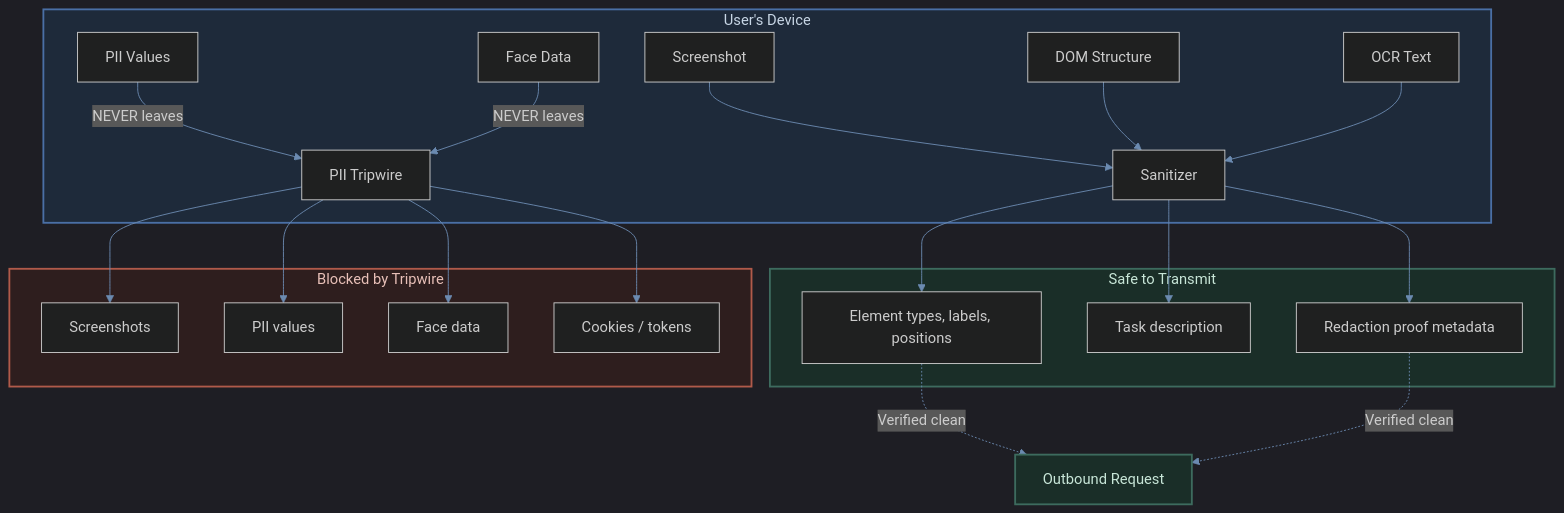
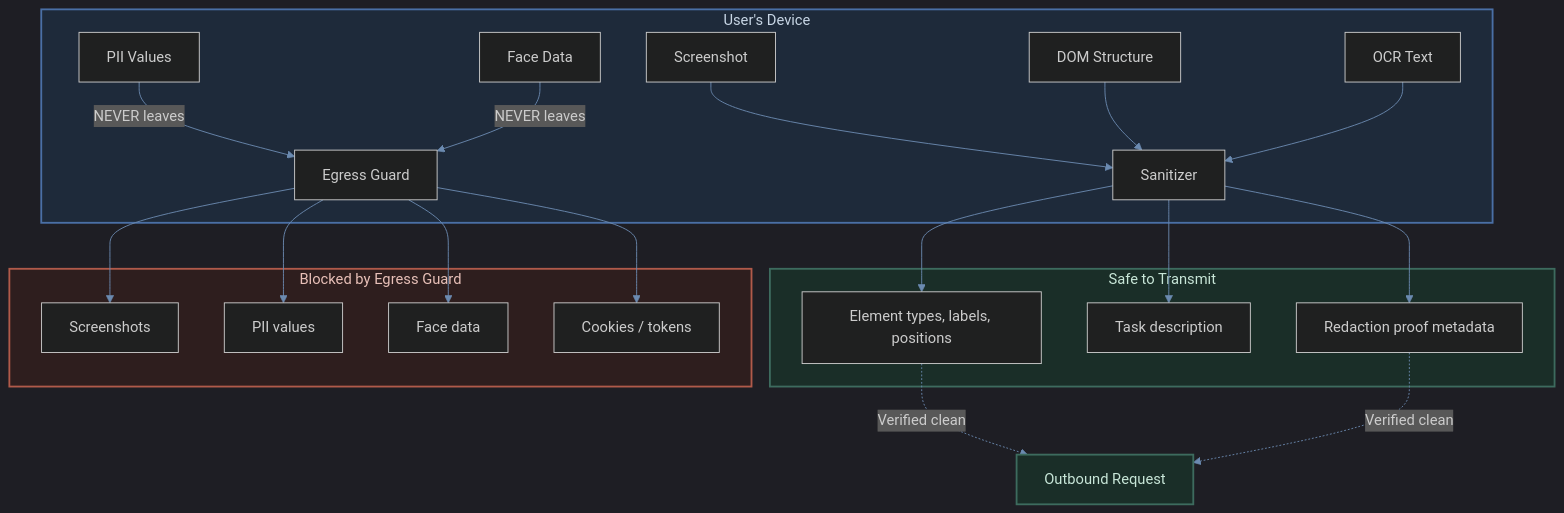
One commit to raidx545/super-agent changed the third of 3 diagrams in README.md. Above: the diagram before and after it, drawn with Mermaid. The commit also changed other lines of this file and 46 other files, not shown here.

````diff
--- a/README.md
+++ b/README.md
@@ -200,47 +200,47 @@
 ```mermaid
 %%{init: {'theme': 'dark', 'themeVariables': {'primaryColor': '#4a6fa5', 'primaryTextColor': '#e0e0e0', 'lineColor': '#6b8ab0', 'secondaryColor': '#3d6b5e', 'tertiaryColor': '#5c4a3a'}}}%%
 flowchart TB
     subgraph Device["User's Device"]
         SS["Screenshot"]
         DOM["DOM Structure"]
         OCR_DATA["OCR Text"]
         PII_DATA["PII Values"]
         FACE_DATA["Face Data"]
         SANITIZE["Sanitizer"]
-        TRIPWIRE["PII Tripwire"]
+        TRIPWIRE["Egress Guard"]
     end
 
     subgraph Safe["Safe to Transmit"]
         ELEM["Element types, labels, positions"]
         TASK["Task description"]
         META["Redaction proof metadata"]
     end
 
-    subgraph Blocked["Blocked by Tripwire"]
+    subgraph Blocked["Blocked by Egress Guard"]
         BLOCK_SSI["Screenshots"]
         BLOCK_PII["PII values"]
         BLOCK_FACE["Face data"]
         BLOCK_COOKIE["Cookies / tokens"]
     end
 
     SS --> SANITIZE
     DOM --> SANITIZE
     OCR_DATA --> SANITIZE
     PII_DATA -->|"NEVER leaves"| TRIPWIRE
     FACE_DATA -->|"NEVER leaves"| TRIPWIRE
     SANITIZE --> ELEM
     SANITIZE --> TASK
     SANITIZE --> META
     TRIPWIRE --> BLOCK_SSI
     TRIPWIRE --> BLOCK_PII
     TRIPWIRE --> BLOCK_FACE
     TRIPWIRE --> BLOCK_COOKIE
 
     ELEM -.->|"Verified clean"| OUT["Outbound Request"]
     META -.->|"Verified clean"| OUT
 
     style Device fill:#1e2a3a,stroke:#4a6fa5,stroke-width:2px,color:#c8d6e5
     style Safe fill:#1a2e28,stroke:#3d6b5e,stroke-width:2px,color:#c8e6d8
     style Blocked fill:#2e1e1e,stroke:#b05a4a,stroke-width:2px,color:#e8c0b8
     style OUT fill:#1a2e28,stroke:#3d6b5e,stroke-width:2px,color:#c8e6d8
 ```
````
